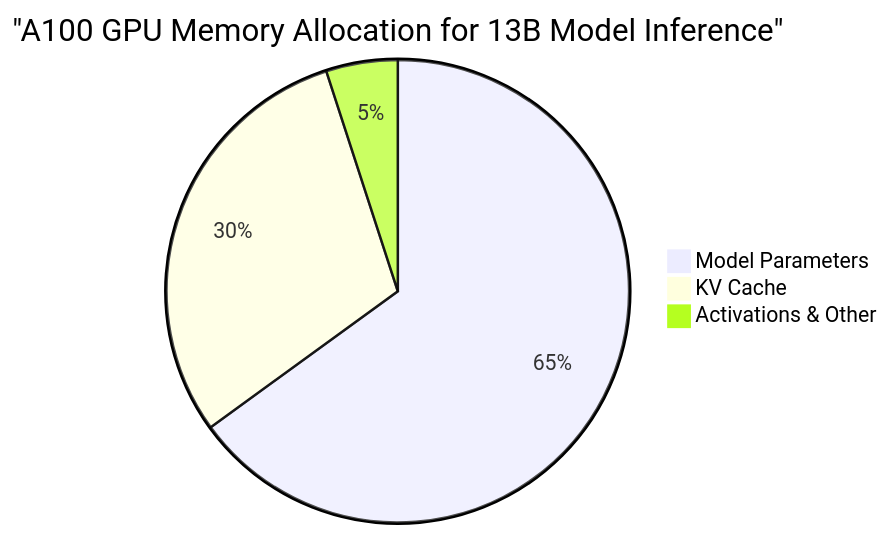
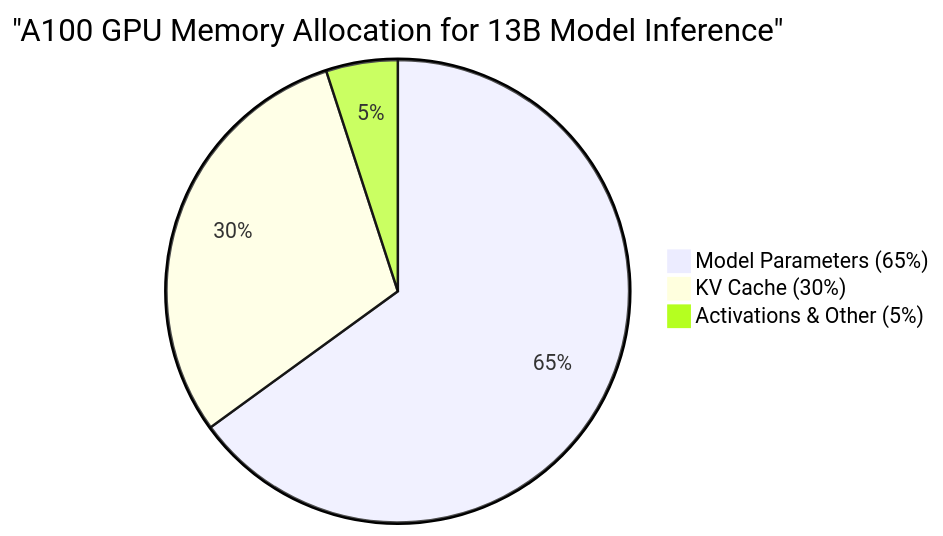
The fifth of 37 diagrams in lab0.2/README.md (Shahriarin2garden/vllm_from_scratch), drawn with Mermaid before and after one commit. The commit also changed other lines of this file, not shown here.

Commit message:
Refactor diagrams in README.md for improved clarity and detail

````diff
--- a/lab0.2/README.md
+++ b/lab0.2/README.md
@@ -183,6 +186,6 @@
 ```mermaid
 pie title "A100 GPU Memory Allocation for 13B Model Inference"
-    "Model Parameters" : 65
-    "KV Cache" : 30
-    "Activations & Other" : 5
+    "Model Parameters (65%)" : 65
+    "KV Cache (30%)" : 30
+    "Activations & Other (5%)" : 5
 ```
````
